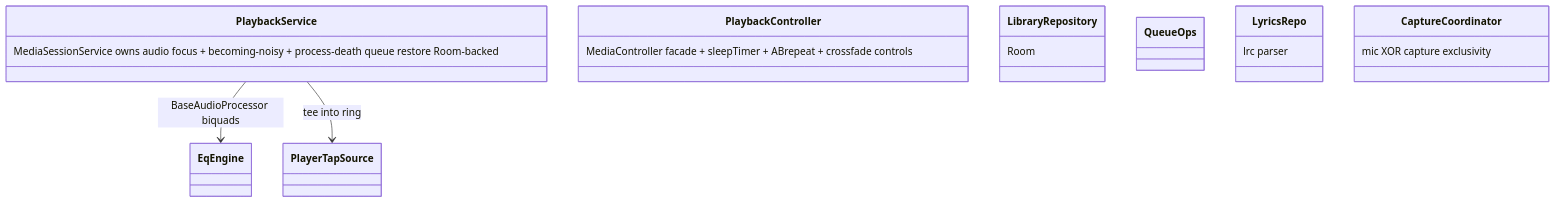
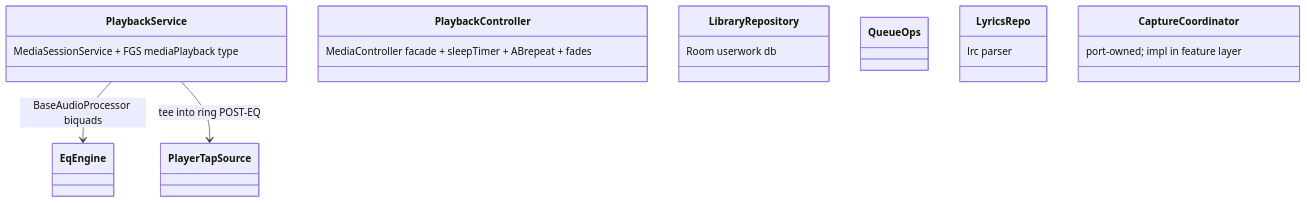
One commit to tessie1993/music-visualizer-2 changed the fifth of 7 diagrams in docs/ARCHITECTURE_BLUEPRINT.md. Above: the diagram before and after it, drawn with Mermaid. The commit also changed other lines of this file and 3 other files, not shown here.

````diff
--- a/docs/ARCHITECTURE_BLUEPRINT.md
+++ b/docs/ARCHITECTURE_BLUEPRINT.md
@@ -101,11 +103,11 @@
 ```mermaid
 classDiagram
-    class PlaybackService { MediaSessionService owns audio focus + becoming-noisy + process-death queue restore Room-backed }
+    class PlaybackService { MediaSessionService + FGS mediaPlayback type }
     PlaybackService --> EqEngine : BaseAudioProcessor biquads
-    PlaybackService --> PlayerTapSource : tee into ring
-    class PlaybackController { MediaController facade + sleepTimer + ABrepeat + crossfade controls }
-    class LibraryRepository { Room }
+    PlaybackService --> PlayerTapSource : tee into ring POST-EQ
+    class PlaybackController { MediaController facade + sleepTimer + ABrepeat + fades }
+    class LibraryRepository { Room userwork db }
     class QueueOps
     class LyricsRepo { lrc parser }
-    class CaptureCoordinator { mic XOR capture exclusivity }
+    class CaptureCoordinator { port-owned; impl in feature layer }
 ```
````
